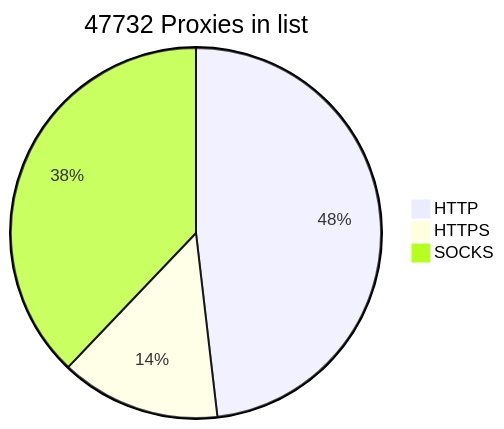
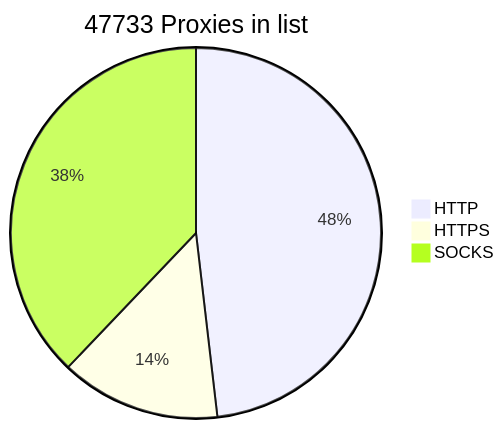
One commit to BlackSnowDot/proxylist-update-every-minute changed the diagram in README.md. Above: the diagram before and after it, drawn with Mermaid.

````diff
--- a/README.md
+++ b/README.md
@@ -2,6 +2,6 @@
 ```mermaid
-pie title 47732 Proxies in list
-    "HTTP" : 25694
+pie title 47733 Proxies in list
+    "HTTP" : 25696
     "HTTPS": 7452
     "SOCKS" : 20215
 ```
````
